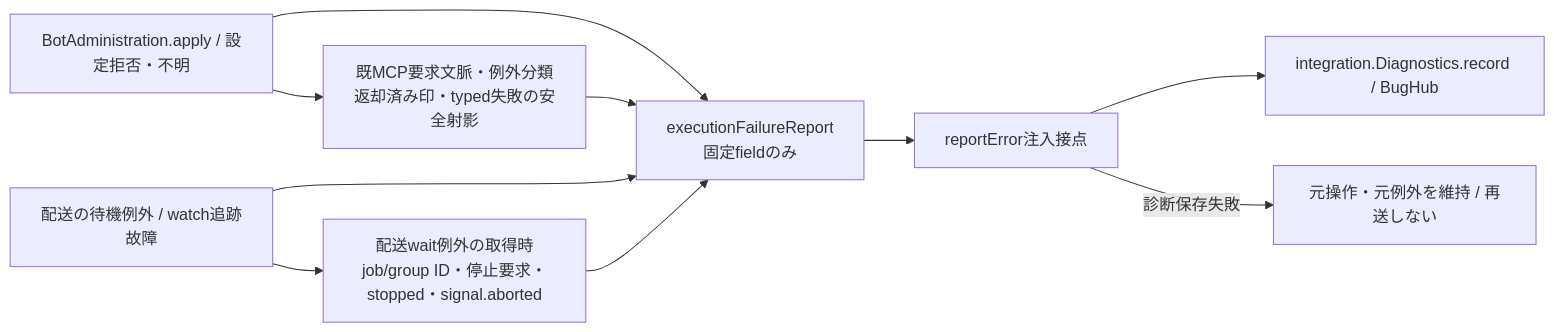
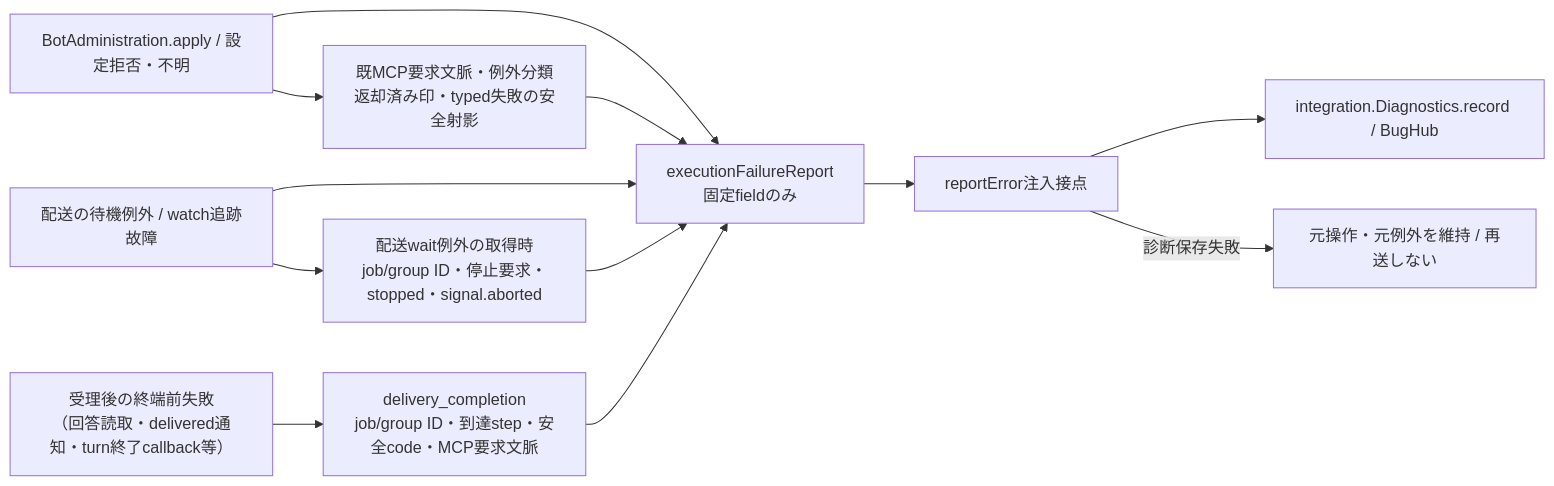
Before and after one commit to kitepon/BellTeam: the third of 4 diagrams in docs/architecture/modules/execution/wait-contract.md, drawn with Mermaid. The commit also changed other lines of this file and 11 other files, not shown here.

````diff
--- a/docs/architecture/modules/execution/wait-contract.md
+++ b/docs/architecture/modules/execution/wait-contract.md
@@ -63,12 +63,14 @@
 ```mermaid
 flowchart LR
   Configure["BotAdministration.apply / 設定拒否・不明"] --> Report["executionFailureReport<br/>固定fieldのみ"]
   Configure --> Provenance["既MCP要求文脈・例外分類<br/>返却済み印・typed失敗の安全射影"]
   Provenance --> Report
   Tracking["配送の待機例外 / watch追跡故障"] --> Report
   Tracking --> Snapshot["配送wait例外の取得時<br/>job/group ID・停止要求・stopped・signal.aborted"]
   Snapshot --> Report
+  Accepted["受理後の終端前失敗<br/>（回答読取・delivered通知・turn終了callback等）"] --> Step["delivery_completion<br/>job/group ID・到達step・安全code・MCP要求文脈"]
+  Step --> Report
   Report --> Hook["reportError注入接点"]
   Hook --> Diagnostics["integration.Diagnostics.record / BugHub"]
   Hook -->|"診断保存失敗"| Preserve["元操作・元例外を維持 / 再送しない"]
 ```
````
